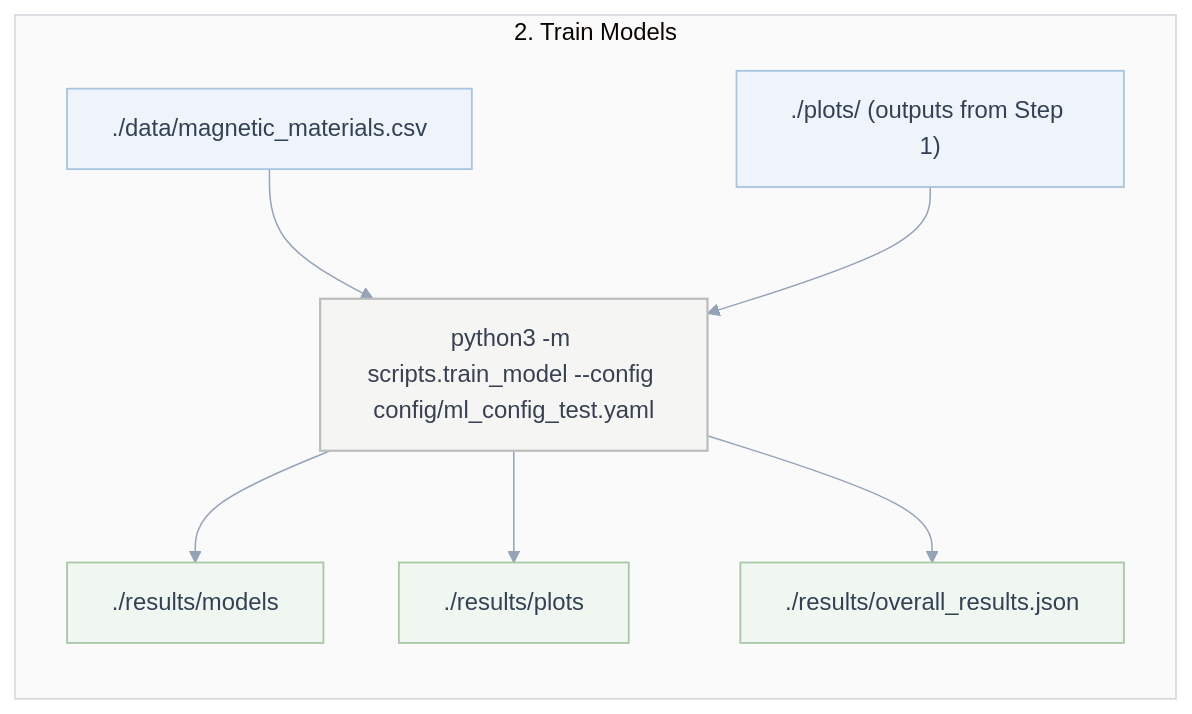
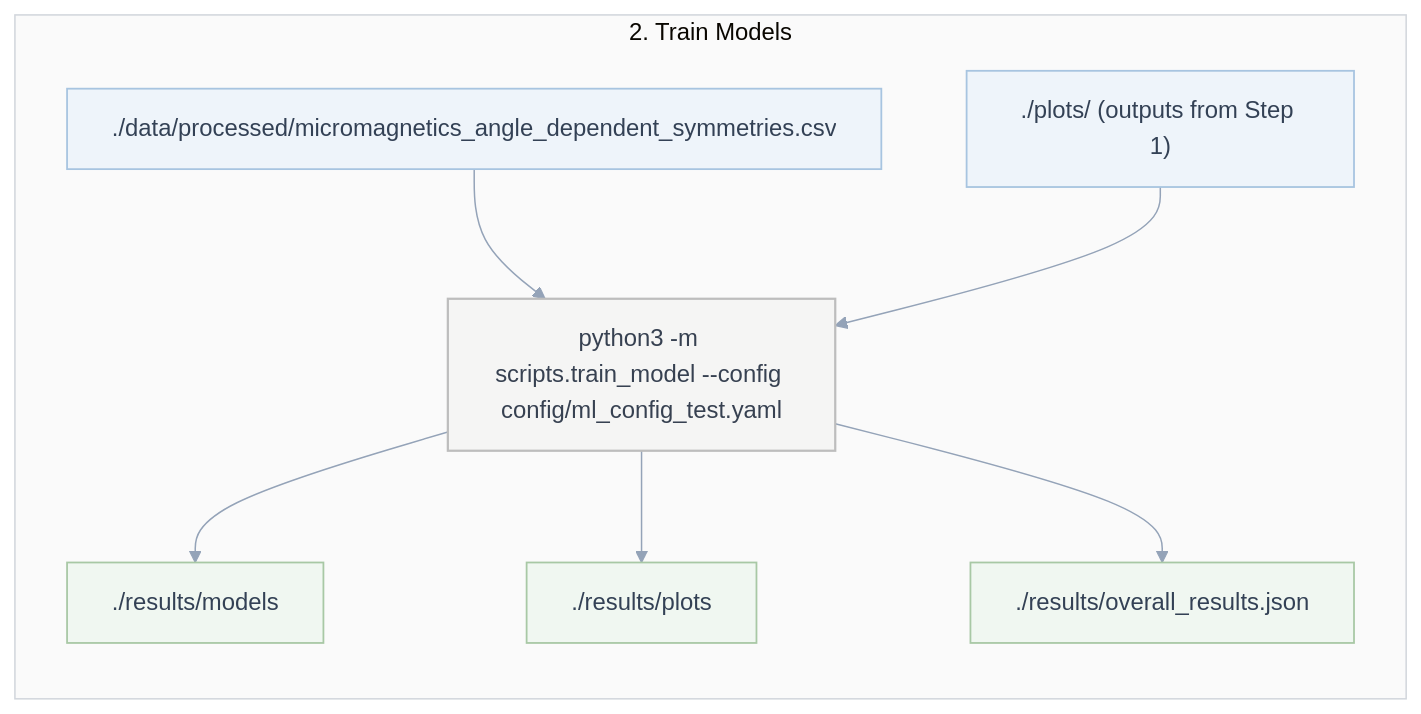
Before and after one commit to MaMMoS-project/ML-models: the second of 4 diagrams in beyond-stoner-wohlfarth/single-grain-multi-angle-model/README.md, drawn with Mermaid. The commit also changed other lines of this file and 11 other files, not shown here.

````diff
--- a/beyond-stoner-wohlfarth/single-grain-multi-angle-model/README.md
+++ b/beyond-stoner-wohlfarth/single-grain-multi-angle-model/README.md
@@ -69,35 +69,35 @@
 ```mermaid
 %%{init: {
   "theme": "base",
   "themeVariables": {
     "lineColor": "#94A3B8",
     "clusterBkg": "#FAFAFA",
     "clusterBorder": "#D1D5DB",
     "fontFamily": "Arial, sans-serif"
   }
 }}%%
 
 flowchart LR
 
     subgraph cluster_1["2. Train Models"]
         direction TB
 
-        A1["./data/magnetic_materials.csv"]
+        A1["./data/processed/micromagnetics_angle_dependent_symmetries.csv"]
         A2["./plots/ (outputs from Step 1)"]
 
         A1 --> B1["python3 -m scripts.train_model --config config/ml_config_test.yaml"]
         A2 --> B1
 
         B1 --> O1["./results/models"]
         B1 --> O2["./results/plots"]
         B1 --> O3["./results/overall_results.json"]
     end
 
     classDef input fill:#EEF4FA,stroke:#A7C4E0,color:#334155,stroke-width:1.2px;
     classDef process fill:#F5F5F4,stroke:#BDBDBD,color:#374151,stroke-width:1.5px;
     classDef output fill:#F0F7F1,stroke:#A8C8A5,color:#334155,stroke-width:1.2px;
 
     class A1,A2 input;
     class B1 process;
     class O1,O2,O3 output;
 ```
````
